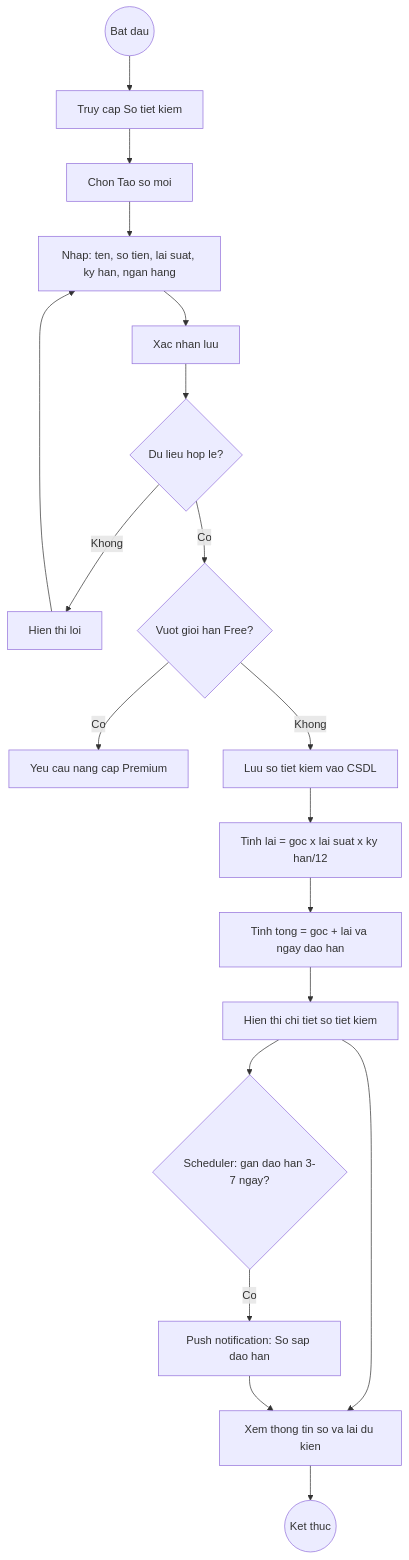
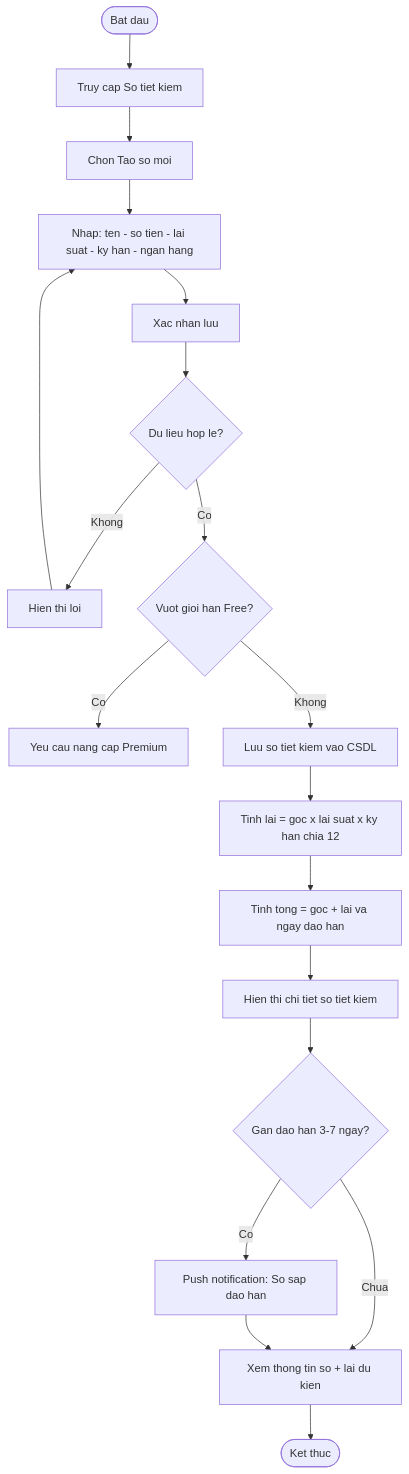
Before and after one commit to Hieu-vn/Graduation-Thesis: the eighth of 10 diagrams in Nghiên cứu MISA MoneyKeeper.md, drawn with Mermaid. The commit also changed other lines of this file, not shown here.

First line of the commit message:
fix: Fix mermaid diagrams QT07-QT10 for GitHub rendering

````diff
--- a/Nghiên cứu MISA MoneyKeeper.md
+++ b/Nghiên cứu MISA MoneyKeeper.md
@@ -248,20 +274,20 @@
 ```mermaid
 flowchart TD
-    A((Bat dau)) --> B[Truy cap So tiet kiem]
+    A([Bat dau]) --> B[Truy cap So tiet kiem]
     B --> C[Chon Tao so moi]
-    C --> D[Nhap: ten, so tien, lai suat, ky han, ngan hang]
+    C --> D[Nhap: ten - so tien - lai suat - ky han - ngan hang]
     D --> E[Xac nhan luu]
     E --> F{Du lieu hop le?}
     F -->|Khong| F2[Hien thi loi] --> D
     F -->|Co| G{Vuot gioi han Free?}
     G -->|Co| G2[Yeu cau nang cap Premium]
     G -->|Khong| H[Luu so tiet kiem vao CSDL]
-    H --> I[Tinh lai = goc x lai suat x ky han/12]
+    H --> I[Tinh lai = goc x lai suat x ky han chia 12]
     I --> I2[Tinh tong = goc + lai va ngay dao han]
     I2 --> I3[Hien thi chi tiet so tiet kiem]
-    I3 --> K[Xem thong tin so va lai du kien]
-    I3 --> J{Scheduler: gan dao han 3-7 ngay?}
+    I3 --> J{Gan dao han 3-7 ngay?}
     J -->|Co| J2[Push notification: So sap dao han]
+    J -->|Chua| K[Xem thong tin so + lai du kien]
     J2 --> K
-    K --> L((Ket thuc))
+    K --> L([Ket thuc])
 ```
````
